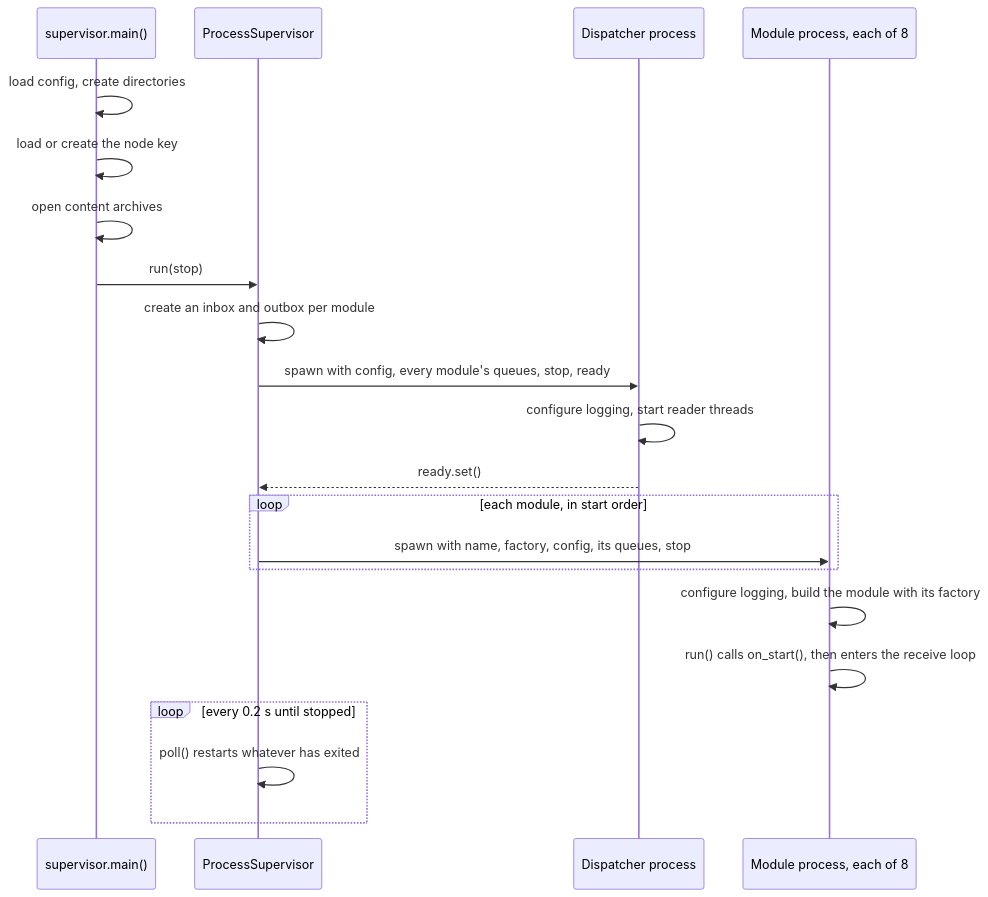
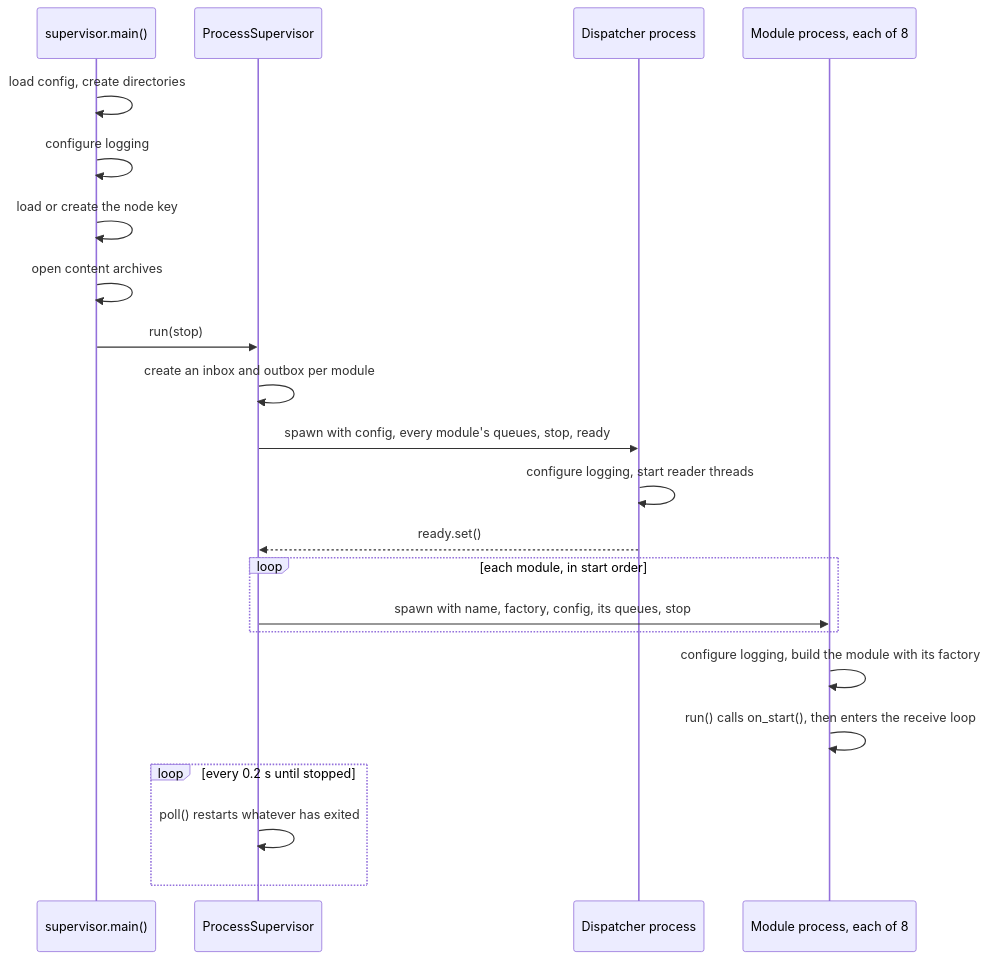
Before and after one commit to marcpage/libranet: the second of 12 diagrams in docs/implementation/Module System.md, drawn with Mermaid. The commit also changed other lines of this file and 77 other files, not shown here.

````diff
--- a/docs/implementation/Module System.md
+++ b/docs/implementation/Module System.md
@@ -266,24 +266,25 @@
 ```mermaid
 sequenceDiagram
     participant main as supervisor.main()
     participant sup as ProcessSupervisor
     participant disp as Dispatcher process
     participant mod as Module process, each of 8
 
     main->>main: load config, create directories
+    main->>main: configure logging
     main->>main: load or create the node key
     main->>main: open content archives
     main->>sup: run(stop)
     sup->>sup: create an inbox and outbox per module
     sup->>disp: spawn with config, every module's queues, stop, ready
     disp->>disp: configure logging, start reader threads
     disp-->>sup: ready.set()
     loop each module, in start order
         sup->>mod: spawn with name, factory, config, its queues, stop
     end
     mod->>mod: configure logging, build the module with its factory
     mod->>mod: run() calls on_start(), then enters the receive loop
     loop every 0.2 s until stopped
         sup->>sup: poll() restarts whatever has exited
     end
 ```
````
